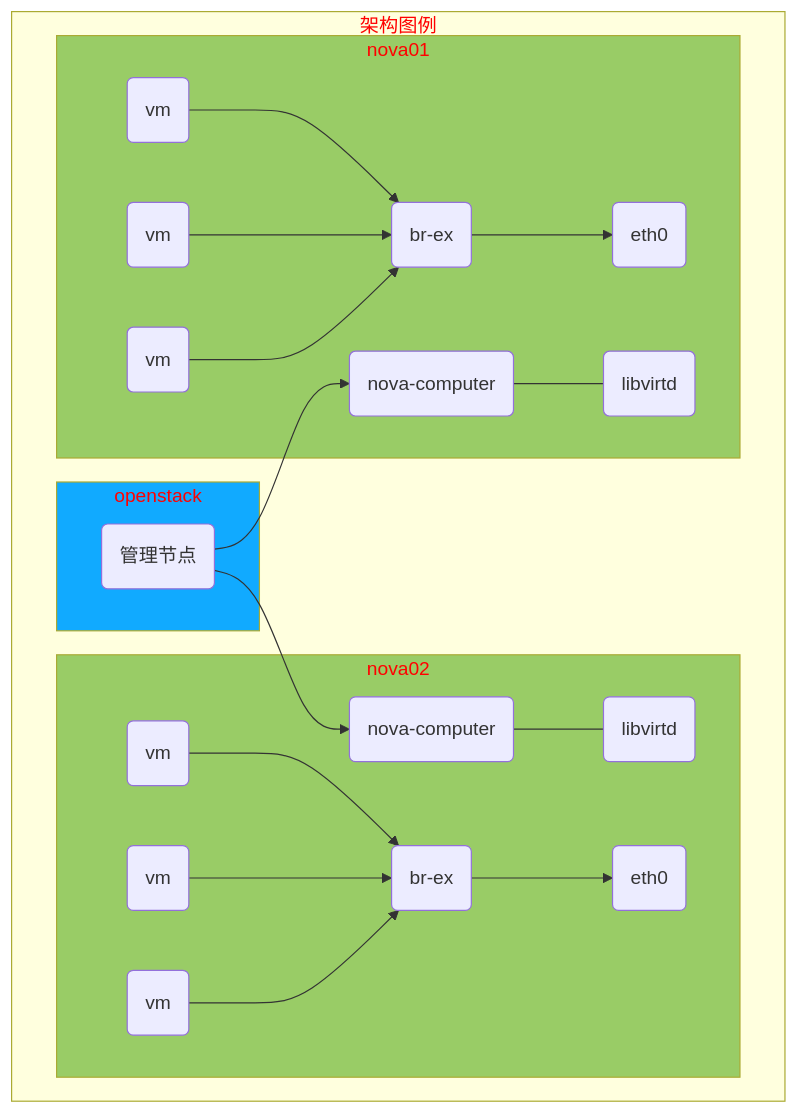
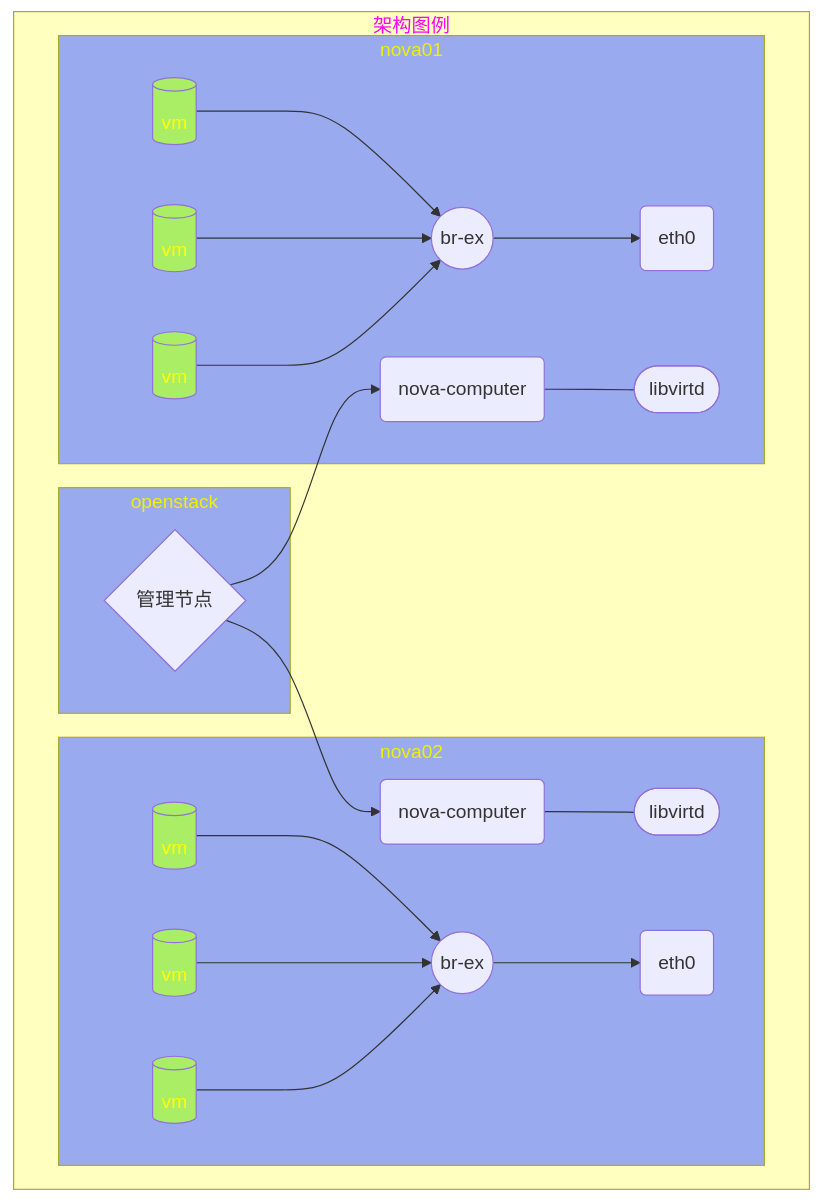
Before and after one commit to byy1679/cloud: the diagram in CLOUD/02/openstack.md, drawn with Mermaid. The commit also changed 6 other files, not shown here.

````diff
--- a/CLOUD/02/openstack.md
+++ b/CLOUD/02/openstack.md
@@ -4,26 +4,23 @@
 ```mermaid
 graph TB
 subgraph 架构图例
-  style 架构图例 color:#ff0000
+  style 架构图例 fill:#ffffc0,color:#ff00ff
   subgraph nova01
-    style nova01 color:#ff0000,fill:#99cc66
-    H1(vm) --> N1(br-ex) --> P1(eth0)
-    H2(vm) --> N1
-    H3(vm) --> N1
-    C1(nova-computer) --- X1(libvirtd)
+    style nova01 color:#f0f000,fill:#99aaee
+    H1[(vm)] & H2[(vm)] & H3[(vm)] --> N1((br-ex)) --> P1(eth0)
+    C1(nova-computer) --- X1([libvirtd])
   end
   subgraph nova02
-    style nova02 color:#ff0000,fill:#99cc66
-    C2(nova-computer) --- X2(libvirtd)
-    H4(vm) --> N2(br-ex) --> P2(eth0)
-    H5(vm) --> N2
-    H6(vm) --> N2
+    style nova02 color:#f0f000,fill:#99aaee
+    C2(nova-computer) --- X2([libvirtd])
+    H4[(vm)] & H5[(vm)] & H6[(vm)] --> N2((br-ex)) --> P2(eth0)
   end
   subgraph openstack
-    style openstack color:#ff0000,fill:#11aaff
-    PP(管理节点)
+    style openstack color:#f0f000,fill:#99aaee
+    PP{管理节点}
   end
-  PP --> C1
-  PP --> C2
+  PP --> C1 & C2
 end
+classDef VM color:#ffff00,fill:#aaee66
+class H1,H2,H3,H4,H5,H6 VM
 ```
````
